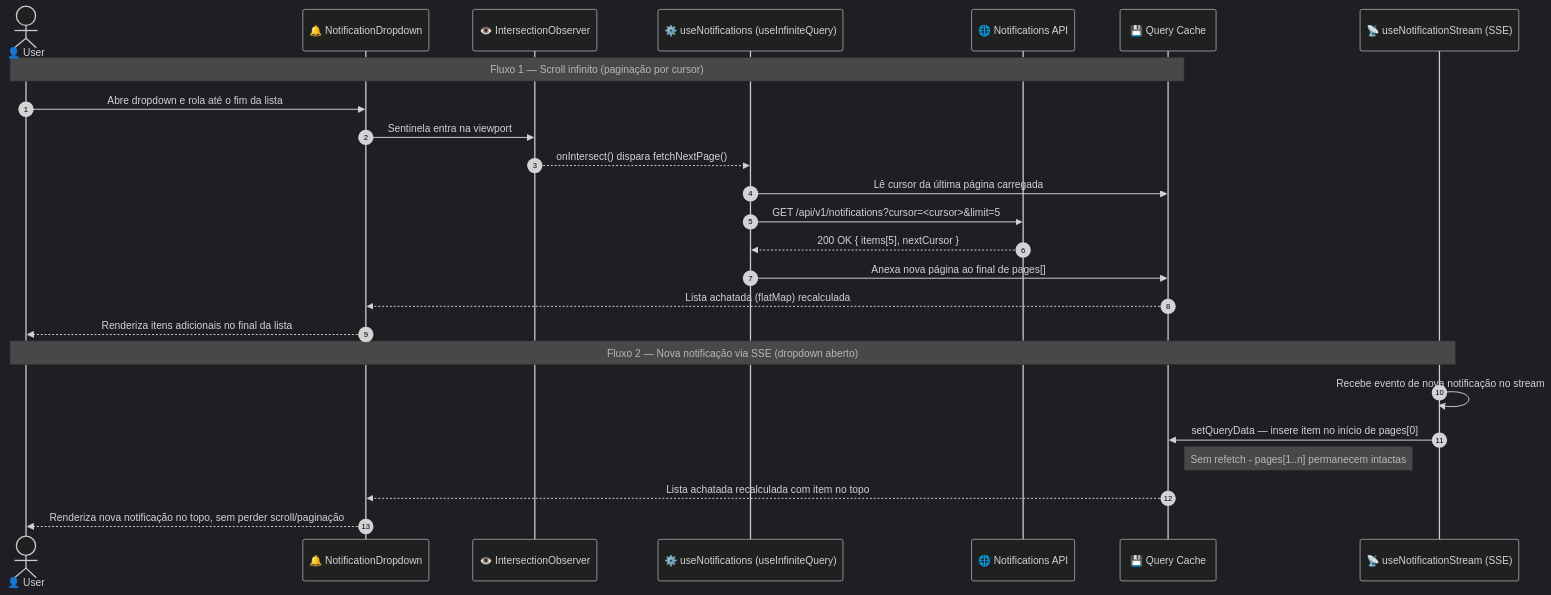
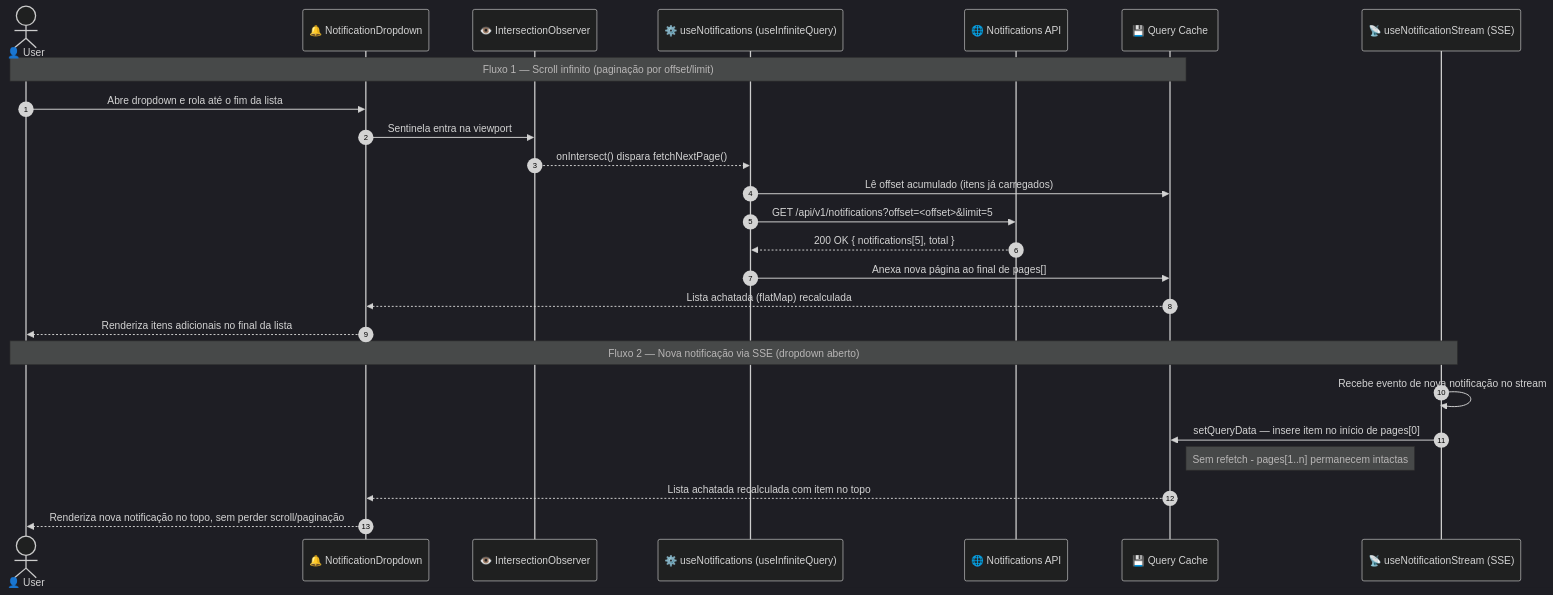
Before and after one commit to Cahmoraes/clean-arch-solid-ddd: the diagram in docs/superpowers/notificacoes-scroll-infinito/specs/diagrams/notificacoes-scroll-infinito-design_01_sequence_scroll_infinito_e_re.mmd, drawn with Mermaid (dark theme). The commit also changed 2 other files, not shown here.

Commit message:
docs(notificacoes-scroll-infinito): corrige spec/PRD com achado de paginação real do backend
Claude-Session: https://claude.ai/code/session_01ViXzyLhi4LaDAp1Rq6WPc4

```diff
--- a/docs/superpowers/notificacoes-scroll-infinito/specs/diagrams/notificacoes-scroll-infinito-design_01_sequence_scroll_infinito_e_re.mmd
+++ b/docs/superpowers/notificacoes-scroll-infinito/specs/diagrams/notificacoes-scroll-infinito-design_01_sequence_scroll_infinito_e_re.mmd
@@ -1,27 +1,27 @@
 sequenceDiagram
     autonumber
     actor User as 👤 User
     participant Dropdown as 🔔 NotificationDropdown
     participant Sentinel as 👁️ IntersectionObserver
     participant Hook as ⚙️ useNotifications (useInfiniteQuery)
     participant API as 🌐 Notifications API
     participant Cache as 💾 Query Cache
     participant SSE as 📡 useNotificationStream (SSE)
 
-    Note over User,Cache: Fluxo 1 — Scroll infinito (paginação por cursor)
+    Note over User,Cache: Fluxo 1 — Scroll infinito (paginação por offset/limit)
     User->>Dropdown: Abre dropdown e rola até o fim da lista
     Dropdown->>Sentinel: Sentinela entra na viewport
     Sentinel-->>Hook: onIntersect() dispara fetchNextPage()
-    Hook->>Cache: Lê cursor da última página carregada
-    Hook->>API: GET /api/v1/notifications?cursor=<cursor>&limit=5
-    API-->>Hook: 200 OK { items[5], nextCursor }
+    Hook->>Cache: Lê offset acumulado (itens já carregados)
+    Hook->>API: GET /api/v1/notifications?offset=<offset>&limit=5
+    API-->>Hook: 200 OK { notifications[5], total }
     Hook->>Cache: Anexa nova página ao final de pages[]
     Cache-->>Dropdown: Lista achatada (flatMap) recalculada
     Dropdown-->>User: Renderiza itens adicionais no final da lista
 
     Note over User,SSE: Fluxo 2 — Nova notificação via SSE (dropdown aberto)
     SSE->>SSE: Recebe evento de nova notificação no stream
     SSE->>Cache: setQueryData — insere item no início de pages[0]
     Note right of Cache: Sem refetch - pages[1..n] permanecem intactas
     Cache-->>Dropdown: Lista achatada recalculada com item no topo
     Dropdown-->>User: Renderiza nova notificação no topo, sem perder scroll/paginação
```
